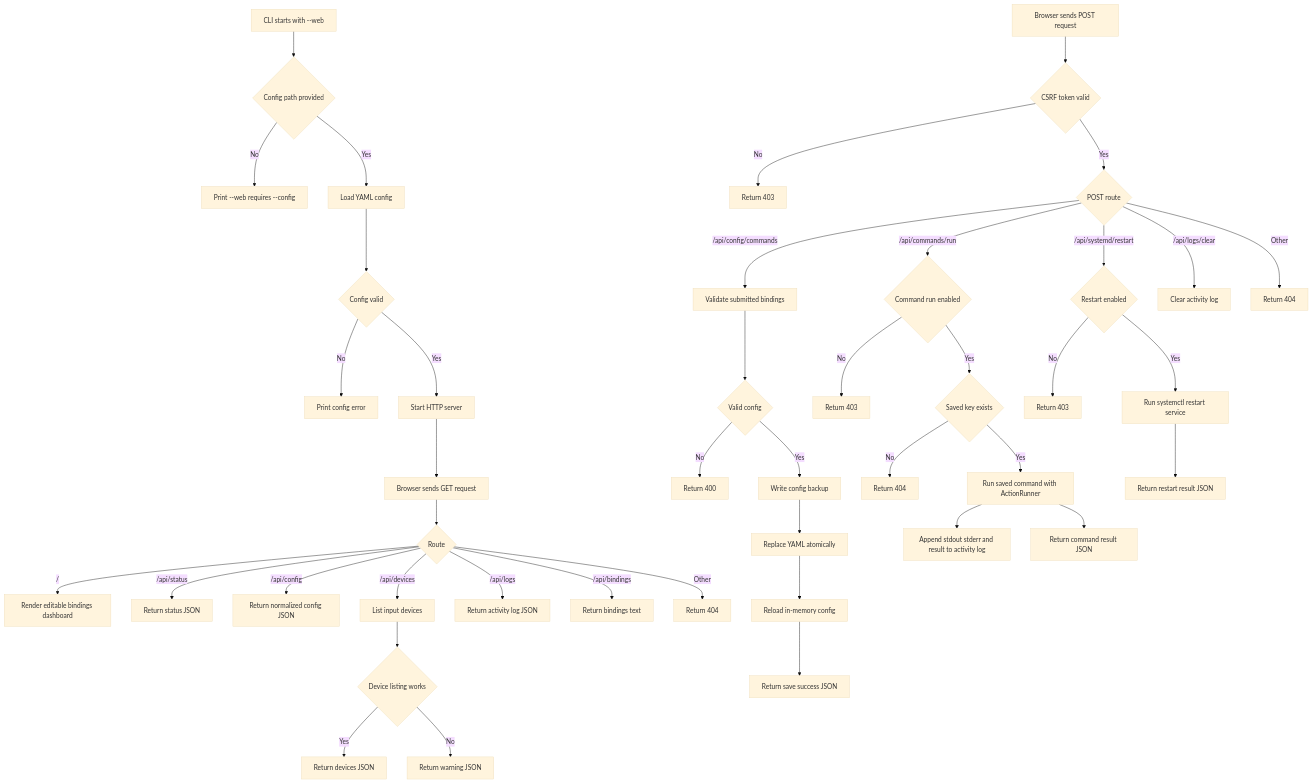
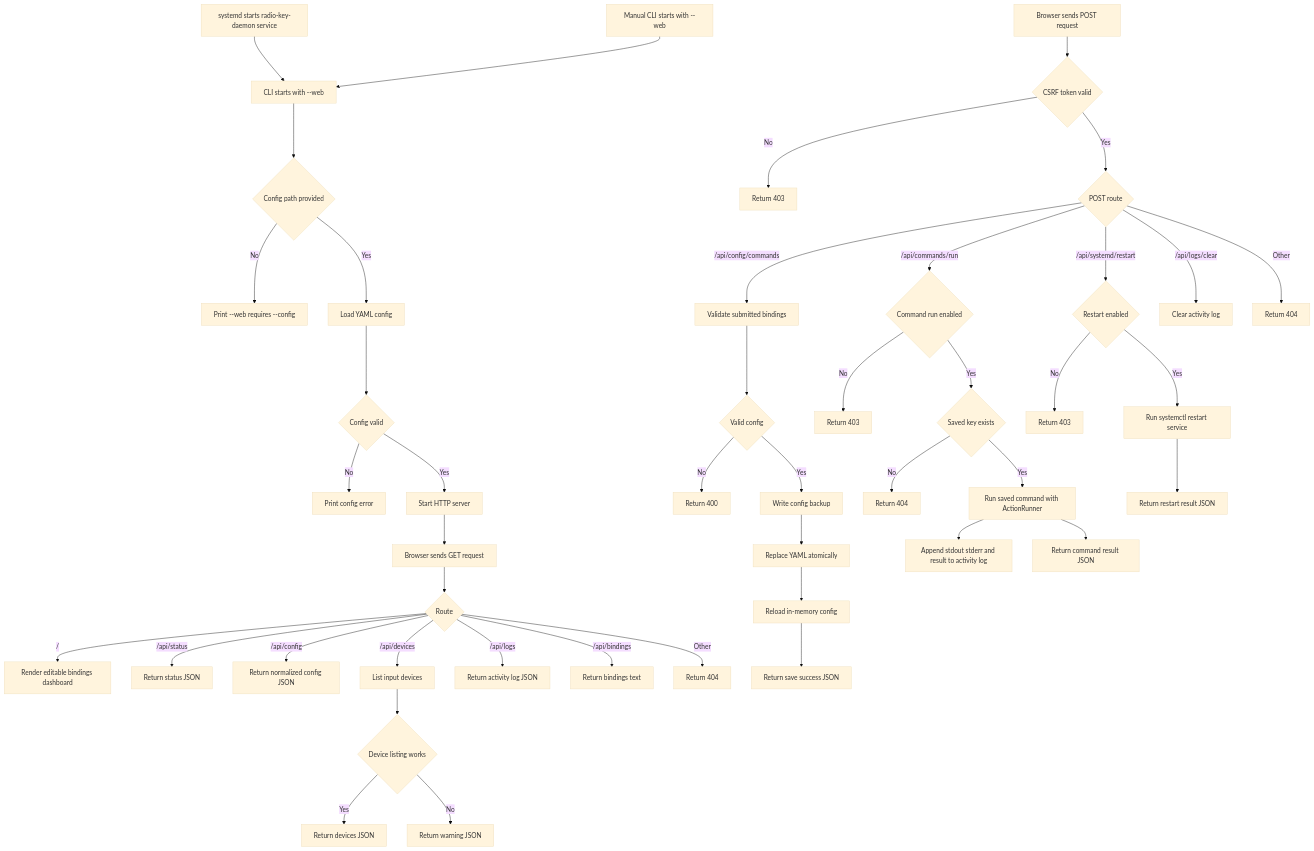
One commit to shaposhnikoff/Raspberry_Ham_Keypad changed the diagram in docs/diagrams/web-interface-flow.md. Above: the diagram before and after it, drawn with Mermaid (base theme). The commit also changed 2 other files, not shown here.

Commit message:
fix: start systemd service in web mode

````diff
--- a/docs/diagrams/web-interface-flow.md
+++ b/docs/diagrams/web-interface-flow.md
@@ -3,47 +3,49 @@
 ```mermaid
 flowchart TD
-    Start[CLI starts with --web] --> NeedConfig{Config path provided}
+    Service[systemd starts radio-key-daemon service] --> Start[CLI starts with --web]
+    Manual[Manual CLI starts with --web] --> Start
+    Start --> NeedConfig{Config path provided}
     NeedConfig -->|No| ConfigError[Print --web requires --config]
     NeedConfig -->|Yes| LoadConfig[Load YAML config]
     LoadConfig --> ValidConfig{Config valid}
     ValidConfig -->|No| PrintError[Print config error]
     ValidConfig -->|Yes| StartServer[Start HTTP server]
     StartServer --> Request[Browser sends GET request]
     Request --> Route{Route}
     Route -->|/| Dashboard[Render editable bindings dashboard]
     Route -->|/api/status| Status[Return status JSON]
     Route -->|/api/config| Config[Return normalized config JSON]
     Route -->|/api/devices| Devices[List input devices]
     Route -->|/api/logs| Logs[Return activity log JSON]
     Devices --> DeviceOk{Device listing works}
     DeviceOk -->|Yes| DeviceJson[Return devices JSON]
     DeviceOk -->|No| DeviceWarning[Return warning JSON]
     Route -->|/api/bindings| Bindings[Return bindings text]
     Route -->|Other| NotFound[Return 404]
 
     BrowserPost[Browser sends POST request] --> Csrf{CSRF token valid}
     Csrf -->|No| Forbidden[Return 403]
     Csrf -->|Yes| PostRoute{POST route}
     PostRoute -->|/api/config/commands| ValidateBindings[Validate submitted bindings]
     ValidateBindings --> ValidBindings{Valid config}
     ValidBindings -->|No| SaveRejected[Return 400]
     ValidBindings -->|Yes| Backup[Write config backup]
     Backup --> AtomicWrite[Replace YAML atomically]
     AtomicWrite --> ReloadConfig[Reload in-memory config]
     ReloadConfig --> SaveOk[Return save success JSON]
 
     PostRoute -->|/api/commands/run| RunAllowed{Command run enabled}
     RunAllowed -->|No| RunForbidden[Return 403]
     RunAllowed -->|Yes| FindCommand{Saved key exists}
     FindCommand -->|No| RunNotFound[Return 404]
     FindCommand -->|Yes| RunCommand[Run saved command with ActionRunner]
     RunCommand --> LogRun[Append stdout stderr and result to activity log]
     RunCommand --> RunResult[Return command result JSON]
 
     PostRoute -->|/api/systemd/restart| RestartAllowed{Restart enabled}
     RestartAllowed -->|No| RestartForbidden[Return 403]
     RestartAllowed -->|Yes| RestartService[Run systemctl restart service]
     RestartService --> RestartResult[Return restart result JSON]
     PostRoute -->|/api/logs/clear| ClearLogs[Clear activity log]
     PostRoute -->|Other| PostNotFound[Return 404]
 ```
````
